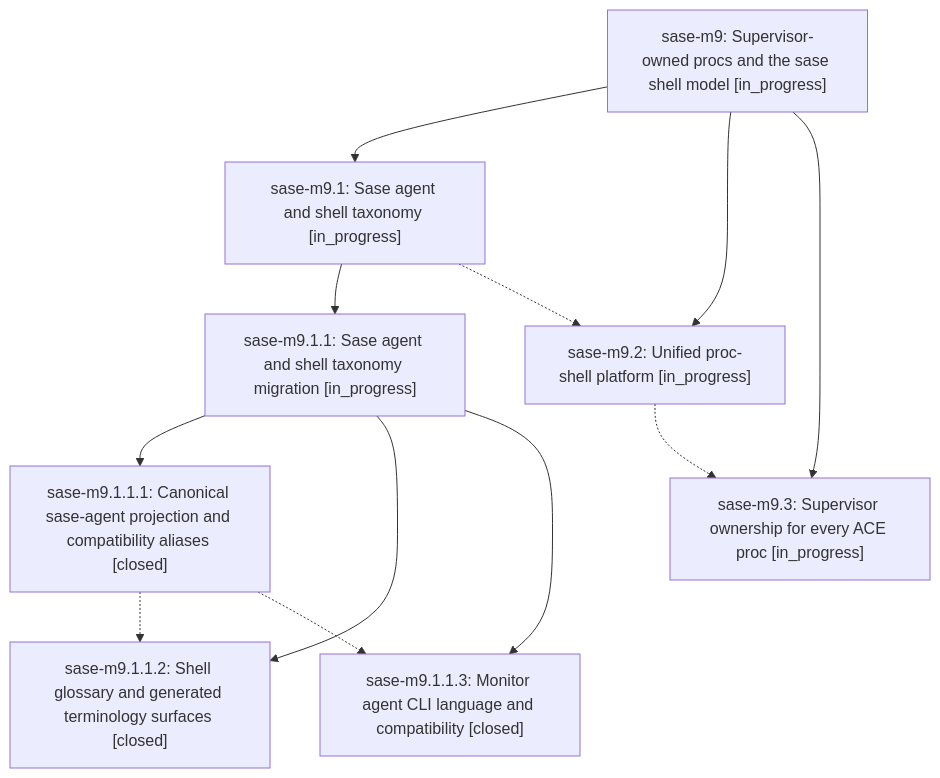
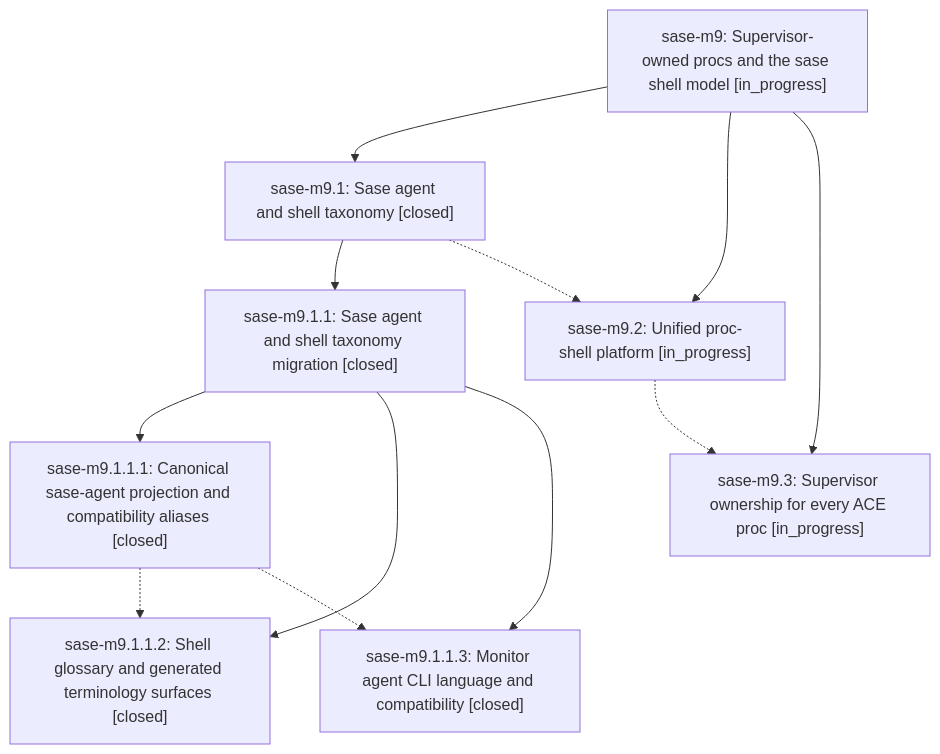
One commit to sase-org/sase--beads changed the diagram in pages/sase-m9/README.md. Above: the diagram before and after it, drawn with Mermaid. The commit also changed other lines of this file and 3 other files, not shown here.

````diff
--- a/pages/sase-m9/README.md
+++ b/pages/sase-m9/README.md
@@ -24,22 +24,22 @@
 ```mermaid
 flowchart TD
     n0["sase-m9: Supervisor-owned procs and the sase shell model [in_progress]"]
-    n1["sase-m9.1: Sase agent and shell taxonomy [in_progress]"]
-    n2["sase-m9.1.1: Sase agent and shell taxonomy migration [in_progress]"]
+    n1["sase-m9.1: Sase agent and shell taxonomy [closed]"]
+    n2["sase-m9.1.1: Sase agent and shell taxonomy migration [closed]"]
     n3["sase-m9.1.1.1: Canonical sase-agent projection and compatibility aliases [closed]"]
     n4["sase-m9.1.1.2: Shell glossary and generated terminology surfaces [closed]"]
     n5["sase-m9.1.1.3: Monitor agent CLI language and compatibility [closed]"]
     n6["sase-m9.2: Unified proc-shell platform [in_progress]"]
     n7["sase-m9.3: Supervisor ownership for every ACE proc [in_progress]"]
     n0 --> n1
     n1 --> n2
     n2 --> n3
     n2 --> n4
     n2 --> n5
     n0 --> n6
     n0 --> n7
     n1 -.-> n6
     n3 -.-> n4
     n3 -.-> n5
     n6 -.-> n7
 ```
````
